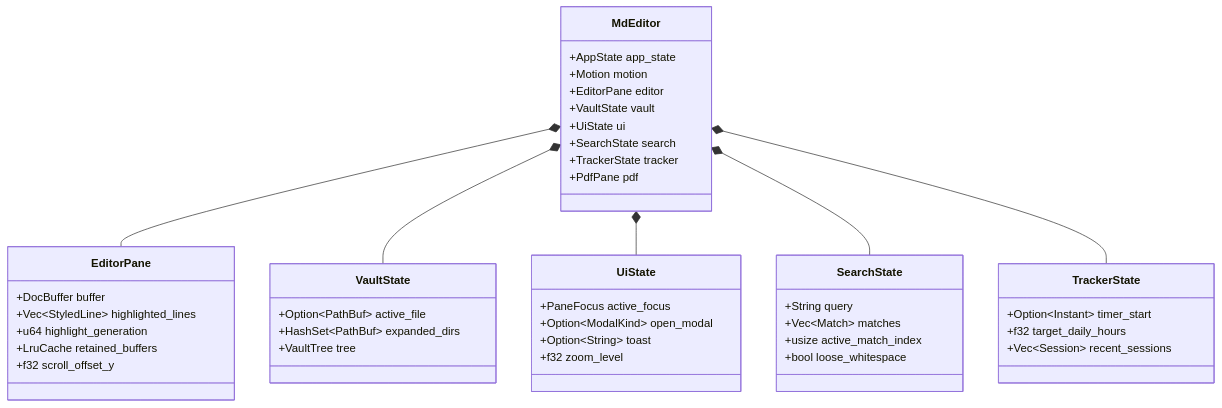
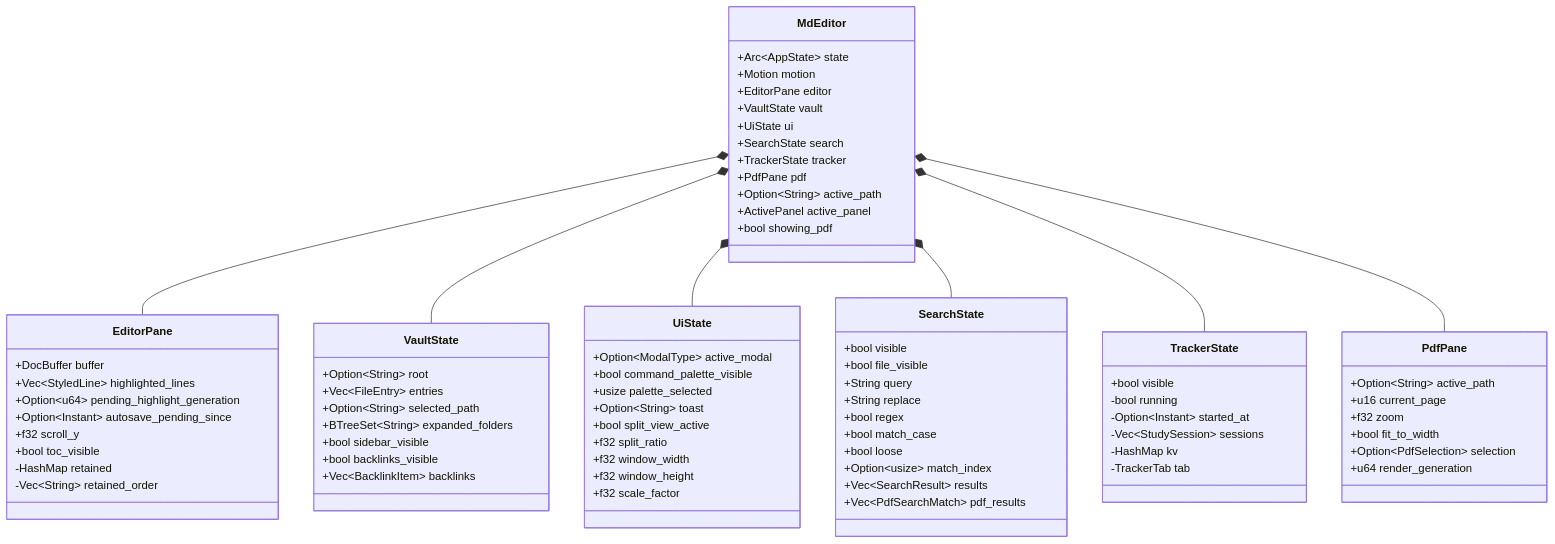
One commit to Suranjan77/md-editor changed the second of 2 diagrams in wiki/Native-Desktop-GUI.md. Above: the diagram before and after it, drawn with Mermaid. The commit also changed other lines of this file and 24 other files, not shown here.

````diff
--- a/wiki/Native-Desktop-GUI.md
+++ b/wiki/Native-Desktop-GUI.md
@@ -90,48 +97,81 @@
 ```mermaid
 classDiagram
     class MdEditor {
-        +AppState app_state
+        +Arc~AppState~ state
         +Motion motion
         +EditorPane editor
         +VaultState vault
         +UiState ui
         +SearchState search
         +TrackerState tracker
         +PdfPane pdf
+        +Option~String~ active_path
+        +ActivePanel active_panel
+        +bool showing_pdf
     }
     class EditorPane {
         +DocBuffer buffer
         +Vec~StyledLine~ highlighted_lines
-        +u64 highlight_generation
-        +LruCache retained_buffers
-        +f32 scroll_offset_y
+        +Option~u64~ pending_highlight_generation
+        +Option~Instant~ autosave_pending_since
+        +f32 scroll_y
+        +bool toc_visible
+        -HashMap retained
+        -Vec~String~ retained_order
     }
     class VaultState {
-        +Option~PathBuf~ active_file
-        +HashSet~PathBuf~ expanded_dirs
-        +VaultTree tree
+        +Option~String~ root
+        +Vec~FileEntry~ entries
+        +Option~String~ selected_path
+        +BTreeSet~String~ expanded_folders
+        +bool sidebar_visible
+        +bool backlinks_visible
+        +Vec~BacklinkItem~ backlinks
     }
     class UiState {
-        +PaneFocus active_focus
-        +Option~ModalKind~ open_modal
+        +Option~ModalType~ active_modal
+        +bool command_palette_visible
+        +usize palette_selected
         +Option~String~ toast
-        +f32 zoom_level
+        +bool split_view_active
+        +f32 split_ratio
+        +f32 window_width
+        +f32 window_height
+        +f32 scale_factor
     }
     class SearchState {
+        +bool visible
+        +bool file_visible
         +String query
-        +Vec~Match~ matches
-        +usize active_match_index
-        +bool loose_whitespace
+        +String replace
+        +bool regex
+        +bool match_case
+        +bool loose
+        +Option~usize~ match_index
+        +Vec~SearchResult~ results
+        +Vec~PdfSearchMatch~ pdf_results
     }
     class TrackerState {
-        +Option~Instant~ timer_start
-        +f32 target_daily_hours
-        +Vec~Session~ recent_sessions
+        +bool visible
+        -bool running
+        -Option~Instant~ started_at
+        -Vec~StudySession~ sessions
+        -HashMap kv
+        -TrackerTab tab
     }
-    
+    class PdfPane {
+        +Option~String~ active_path
+        +u16 current_page
+        +f32 zoom
+        +bool fit_to_width
+        +Option~PdfSelection~ selection
+        +u64 render_generation
+    }
+
     MdEditor *-- EditorPane
     MdEditor *-- VaultState
     MdEditor *-- UiState
     MdEditor *-- SearchState
     MdEditor *-- TrackerState
+    MdEditor *-- PdfPane
 ```
````
